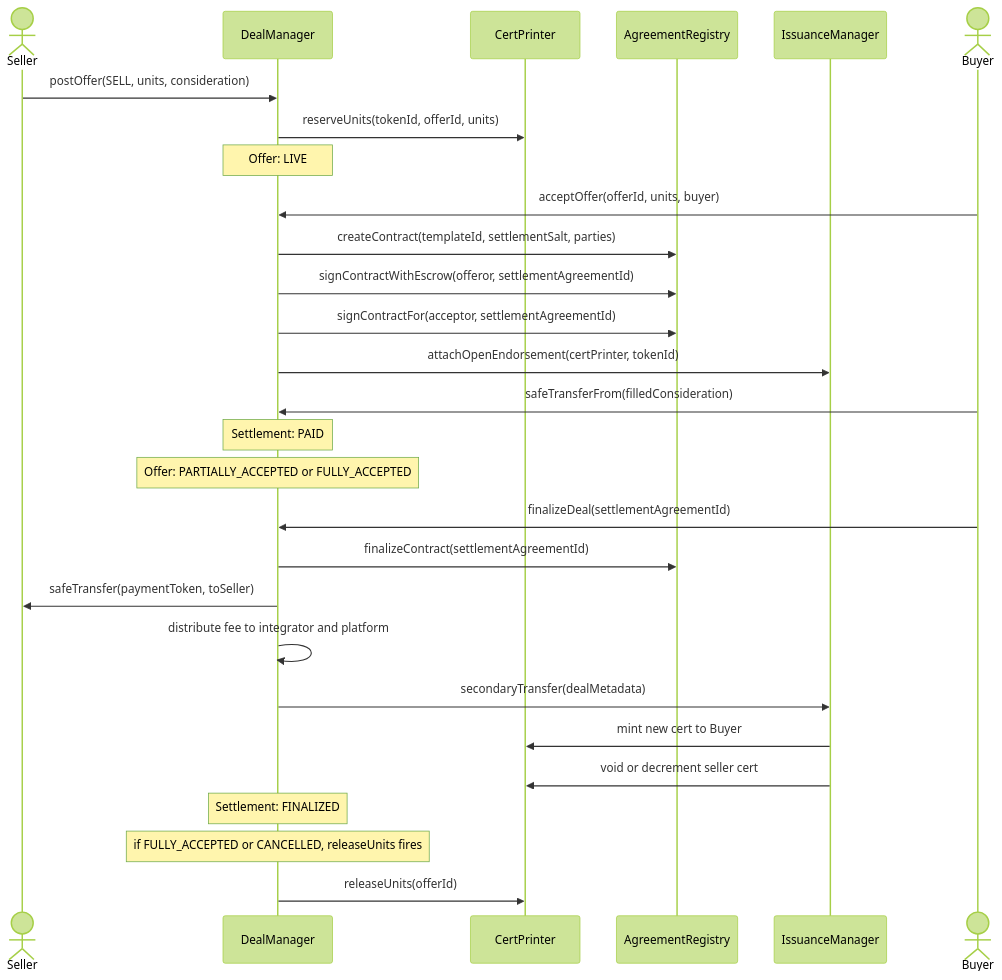
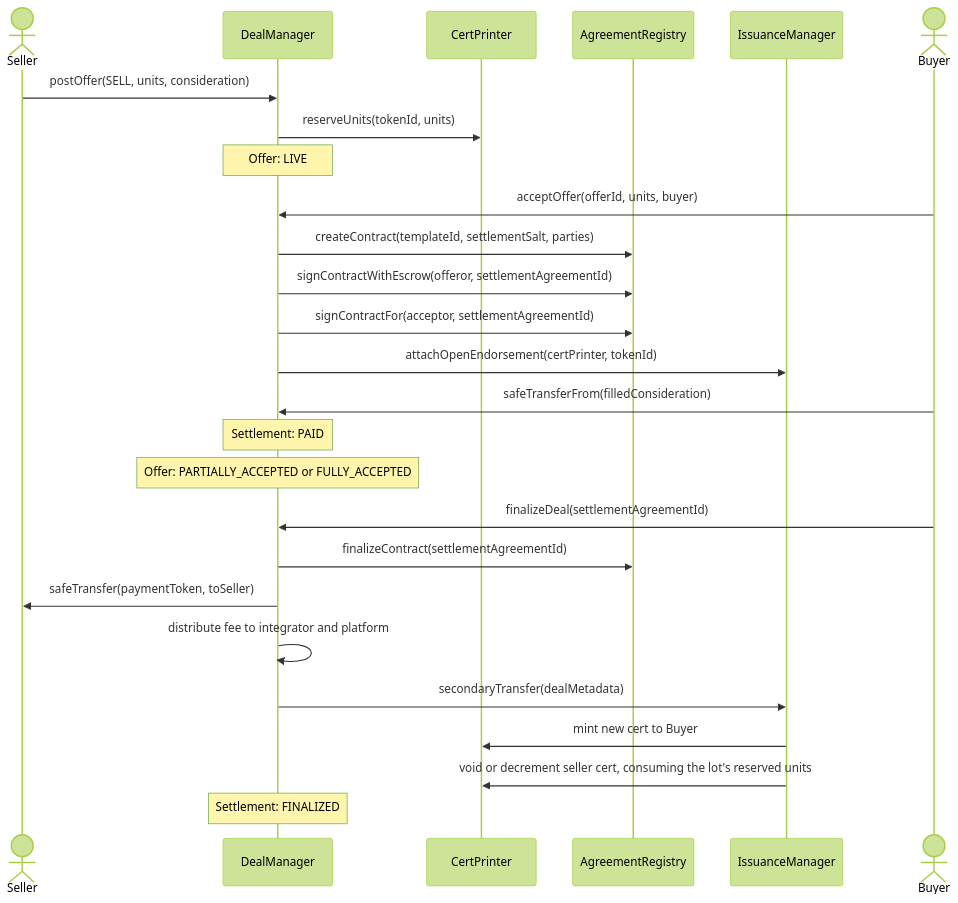
One commit to MetaLex-Tech/cybercorps-contracts changed the third of 6 diagrams in specs/analysis/dealManager secondary trades.md. Above: the diagram before and after it, drawn with Mermaid (forest theme). The commit also changed other lines of this file and 4 other files, not shown here.

Commit message:
feat: cancelOffer with voidOutstandingSettlements. Misc fixes

````diff
--- a/specs/analysis/dealManager secondary trades.md
+++ b/specs/analysis/dealManager secondary trades.md
@@ -97,30 +124,28 @@
 ```mermaid
 sequenceDiagram
     actor Seller
     participant DM as DealManager
     participant Cert as CertPrinter
     participant Registry as AgreementRegistry
     participant IM as IssuanceManager
     actor Buyer
     Seller ->> DM: postOffer(SELL, units, consideration)
-    DM ->> Cert: reserveUnits(tokenId, offerId, units)
+    DM ->> Cert: reserveUnits(tokenId, units)
     Note over DM: Offer: LIVE
     Buyer ->> DM: acceptOffer(offerId, units, buyer)
     DM ->> Registry: createContract(templateId, settlementSalt, parties)
     DM ->> Registry: signContractWithEscrow(offeror, settlementAgreementId)
     DM ->> Registry: signContractFor(acceptor, settlementAgreementId)
     DM ->> IM: attachOpenEndorsement(certPrinter, tokenId)
     Buyer ->> DM: safeTransferFrom(filledConsideration)
     Note over DM: Settlement: PAID
     Note over DM: Offer: PARTIALLY_ACCEPTED or FULLY_ACCEPTED
     Buyer ->> DM: finalizeDeal(settlementAgreementId)
     DM ->> Registry: finalizeContract(settlementAgreementId)
     DM ->> Seller: safeTransfer(paymentToken, toSeller)
     DM ->> DM: distribute fee to integrator and platform
     DM ->> IM: secondaryTransfer(dealMetadata)
     IM ->> Cert: mint new cert to Buyer
-    IM ->> Cert: void or decrement seller cert
+    IM ->> Cert: void or decrement seller cert, consuming the lot's reserved units
     Note over DM: Settlement: FINALIZED
-    Note over DM: if FULLY_ACCEPTED or CANCELLED, releaseUnits fires
-    DM ->> Cert: releaseUnits(offerId)
 ```
````
